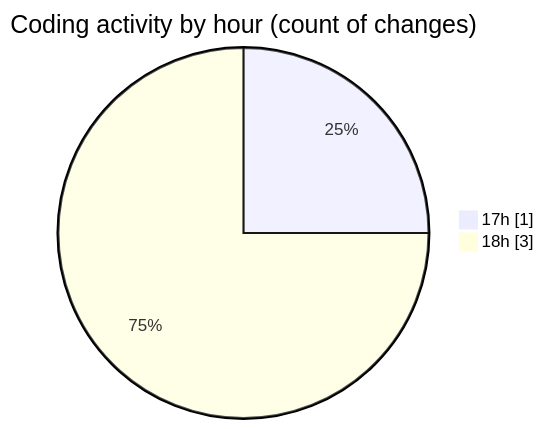
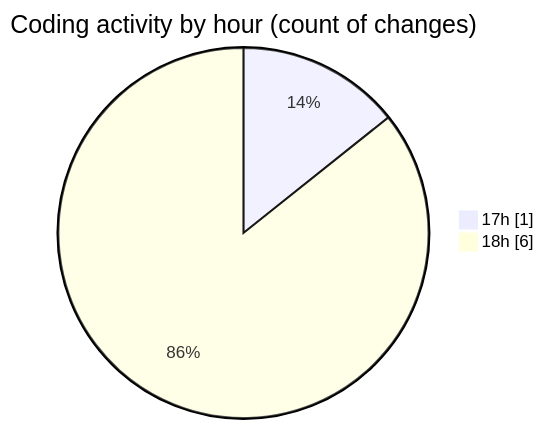
Before and after one commit to julien-gomy/code-tracking: the second of 2 diagrams in 2025-11-15/eventscop-api-guide__workspace_/README.md, drawn with Mermaid. The commit also changed other lines of this file and 1 other file, not shown here.

````diff
--- a/2025-11-15/eventscop-api-guide__workspace_/README.md
+++ b/2025-11-15/eventscop-api-guide__workspace_/README.md
@@ -29,6 +31,6 @@
 ```mermaid
 pie showData
 title Coding activity by hour (count of changes)
 "17h" : 1
-"18h" : 3
+"18h" : 6
 ```
````
